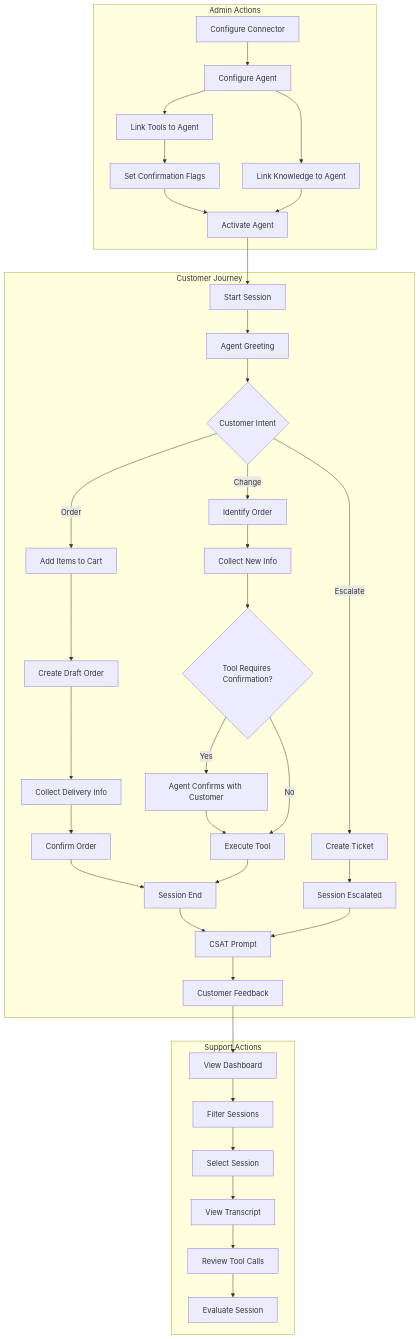
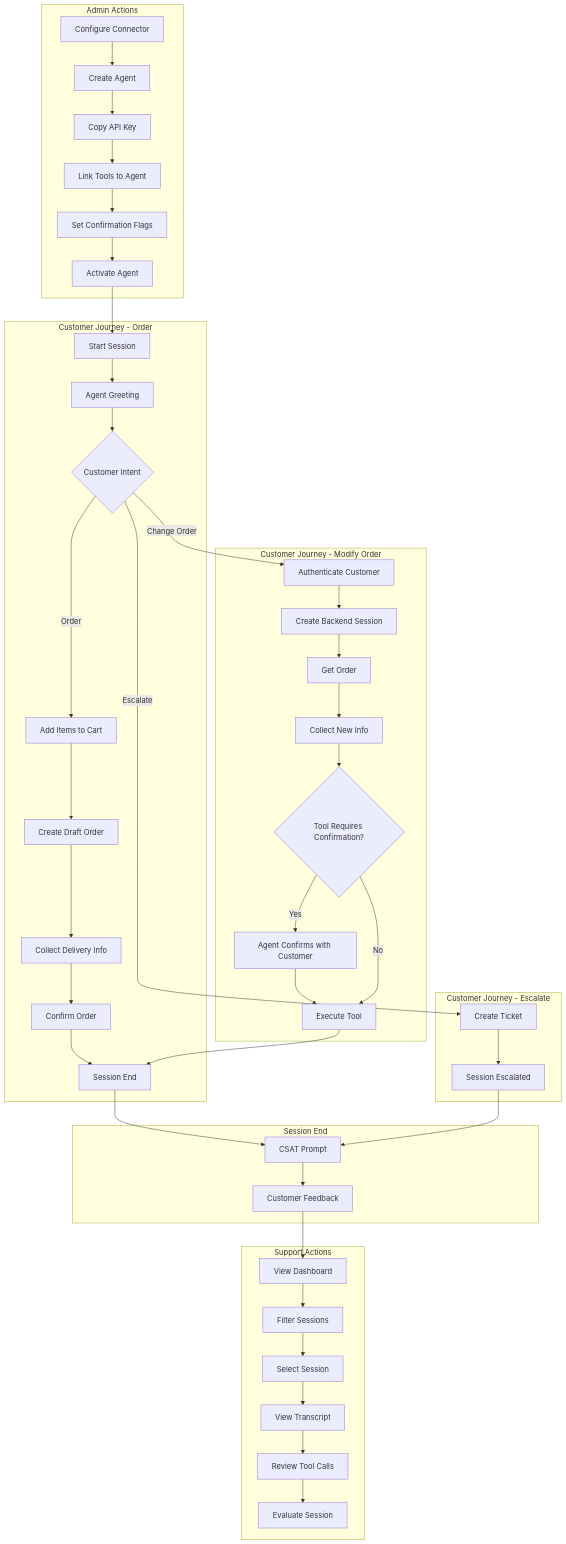
The diagram in docs/FLOWS.md (modelguide/modelguide), drawn with Mermaid before and after one commit. The commit also changed other lines of this file, not shown here.

First line of the commit message:
Enhance FLOWS.md with tool naming and use case updates

````diff
--- a/docs/FLOWS.md
+++ b/docs/FLOWS.md
@@ -556,44 +823,54 @@
 ```mermaid
 flowchart TB
     subgraph Admin Actions
-        A1[Configure Connector] --> A2[Configure Agent]
-        A2 --> A3[Link Tools to Agent]
-        A2 --> A4[Link Knowledge to Agent]
+        A1[Configure Connector] --> A2[Create Agent]
+        A2 --> A2a[Copy API Key]
+        A2a --> A3[Link Tools to Agent]
         A3 --> A3a[Set Confirmation Flags]
         A3a --> A5[Activate Agent]
-        A4 --> A5
     end
 
-    subgraph Customer Journey
+    subgraph Customer Journey - Order
         C1[Start Session] --> C2[Agent Greeting]
         C2 --> C3{Customer Intent}
         C3 -->|Order| C4[Add Items to Cart]
         C4 --> C4a[Create Draft Order]
         C4a --> C4b[Collect Delivery Info]
         C4b --> C4c[Confirm Order]
-        C3 -->|Change| C5[Identify Order]
-        C5 --> C5a[Collect New Info]
-        C5a --> C5b{Tool Requires Confirmation?}
-        C5b -->|Yes| C5c[Agent Confirms with Customer]
-        C5c --> C5d[Execute Tool]
-        C5b -->|No| C5d
+        C4c --> C8[Session End]
+    end
+
+    subgraph Customer Journey - Modify Order
+        C3 -->|Change Order| C5[Authenticate Customer]
+        C5 --> C5a[Create Backend Session]
+        C5a --> C5b[Get Order]
+        C5b --> C5c[Collect New Info]
+        C5c --> C5d{Tool Requires Confirmation?}
+        C5d -->|Yes| C5e[Agent Confirms with Customer]
+        C5e --> C5f[Execute Tool]
+        C5d -->|No| C5f
+        C5f --> C8
+    end
+
+    subgraph Customer Journey - Escalate
         C3 -->|Escalate| C7[Create Ticket]
-        C4c --> C8[Session End]
-        C5d --> C8
         C7 --> C9[Session Escalated]
+    end
+
+    subgraph Session End
         C8 --> C10[CSAT Prompt]
         C9 --> C10
         C10 --> C11[Customer Feedback]
     end
 
     subgraph Support Actions
         S1[View Dashboard] --> S2[Filter Sessions]
         S2 --> S3[Select Session]
         S3 --> S4[View Transcript]
         S4 --> S5[Review Tool Calls]
         S5 --> S6[Evaluate Session]
     end
 
     A5 --> C1
     C11 --> S1
 ```
````
